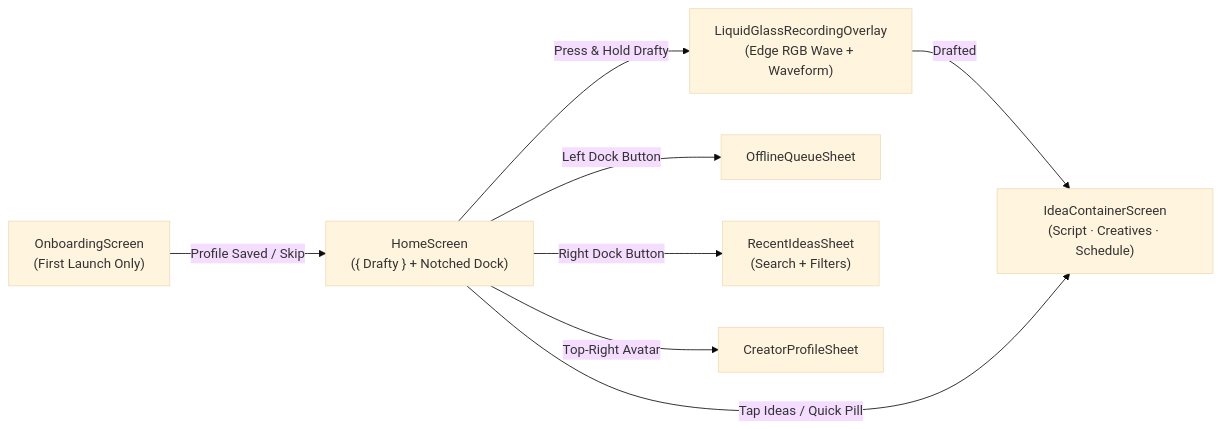
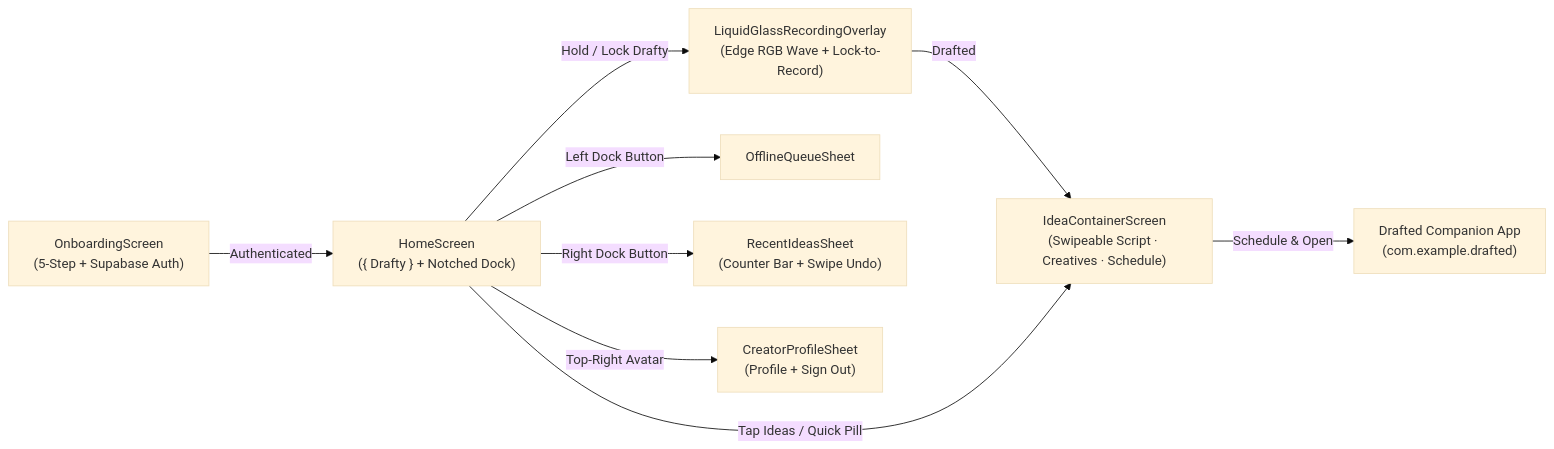
One commit to l4hgs/Drafty changed the diagram in docs/UI_Design_System.md. Above: the diagram before and after it, drawn with Mermaid (base theme). The commit also changed other lines of this file and 7 other files, not shown here.

````diff
--- a/docs/UI_Design_System.md
+++ b/docs/UI_Design_System.md
@@ -96,10 +96,11 @@
 ```mermaid
 flowchart LR
-    OB["OnboardingScreen\n(First Launch Only)"] -->|Profile Saved / Skip| HOME["HomeScreen\n({ Drafty } + Notched Dock)"]
-    HOME -->|Press & Hold Drafty| REC["LiquidGlassRecordingOverlay\n(Edge RGB Wave + Waveform)"]
-    REC -->|Drafted| DETAIL["IdeaContainerScreen\n(Script · Creatives · Schedule)"]
+    OB["OnboardingScreen\n(5-Step + Supabase Auth)"] -->|Authenticated| HOME["HomeScreen\n({ Drafty } + Notched Dock)"]
+    HOME -->|Hold / Lock Drafty| REC["LiquidGlassRecordingOverlay\n(Edge RGB Wave + Lock-to-Record)"]
+    REC -->|Drafted| DETAIL["IdeaContainerScreen\n(Swipeable Script · Creatives · Schedule)"]
     HOME -->|Tap Ideas / Quick Pill| DETAIL
     HOME -->|Left Dock Button| Q["OfflineQueueSheet"]
-    HOME -->|Right Dock Button| I["RecentIdeasSheet\n(Search + Filters)"]
-    HOME -->|Top-Right Avatar| P["CreatorProfileSheet"]
+    HOME -->|Right Dock Button| I["RecentIdeasSheet\n(Counter Bar + Swipe Undo)"]
+    HOME -->|Top-Right Avatar| P["CreatorProfileSheet\n(Profile + Sign Out)"]
+    DETAIL -->|Schedule & Open| DRAFTED["Drafted Companion App\n(com.example.drafted)"]
 ```
````
